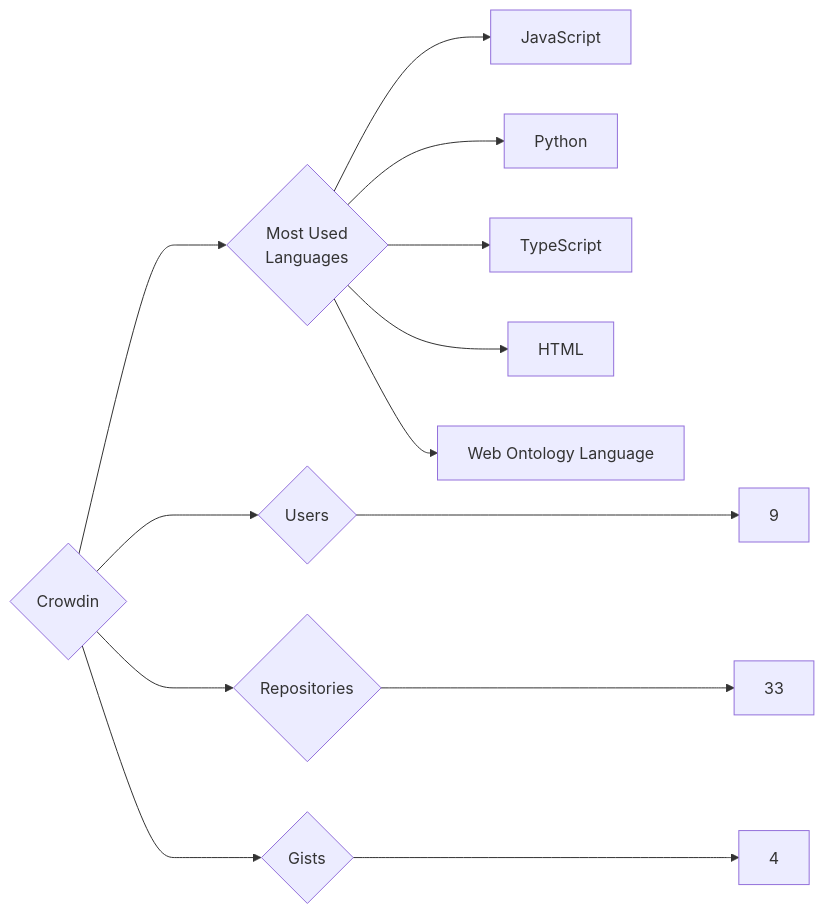
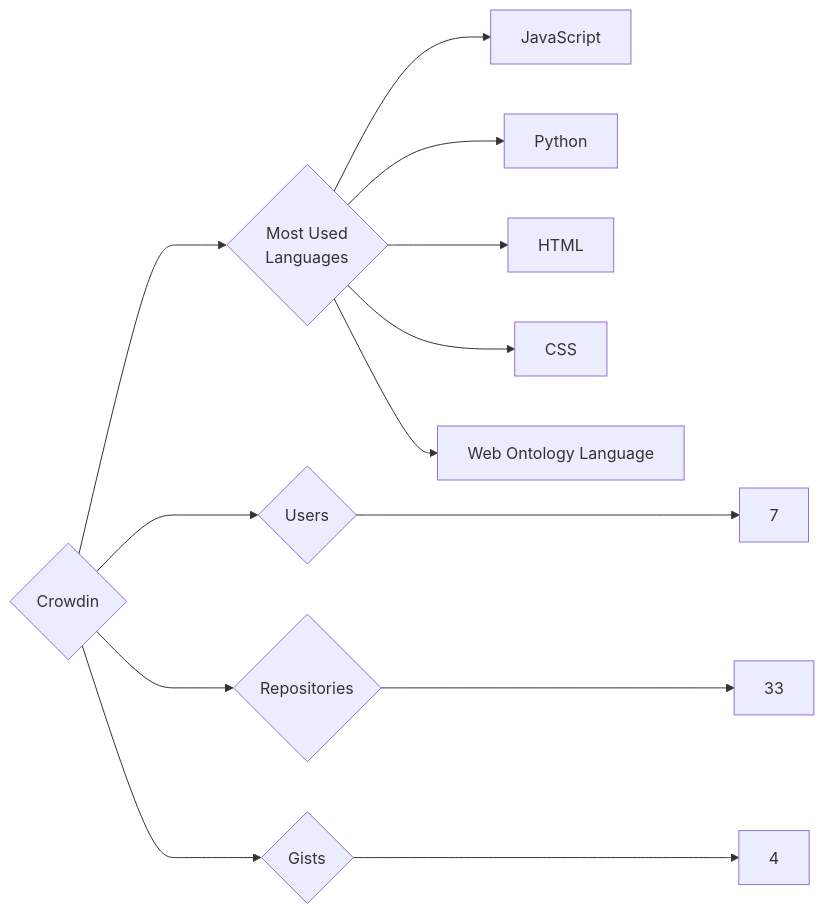
One commit to trickest/insiders changed the diagram in targets/Crowdin/README.md. Above: the diagram before and after it, drawn with Mermaid. The commit also changed 934 other files, not shown here.

````diff
--- a/targets/Crowdin/README.md
+++ b/targets/Crowdin/README.md
@@ -3,13 +3,13 @@
 ```mermaid
 graph LR
 COMPANY_NAME{Crowdin}
-COMPANY_NAME ---> U{Users} ---> UN[9]
+COMPANY_NAME ---> U{Users} ---> UN[7]
 COMPANY_NAME ---> R{Repositories} ---> RN[33]
 COMPANY_NAME ---> G{Gists} ---> GN[4]
 COMPANY_NAME ---> ML{Most Used<br>Languages}
 ML --> JavaScript[JavaScript]
 ML --> Python[Python]
-ML --> TypeScript[TypeScript]
 ML --> HTML[HTML]
+ML --> CSS[CSS]
 ML --> Web_Ontology_Language[Web Ontology Language]
 ```
````
